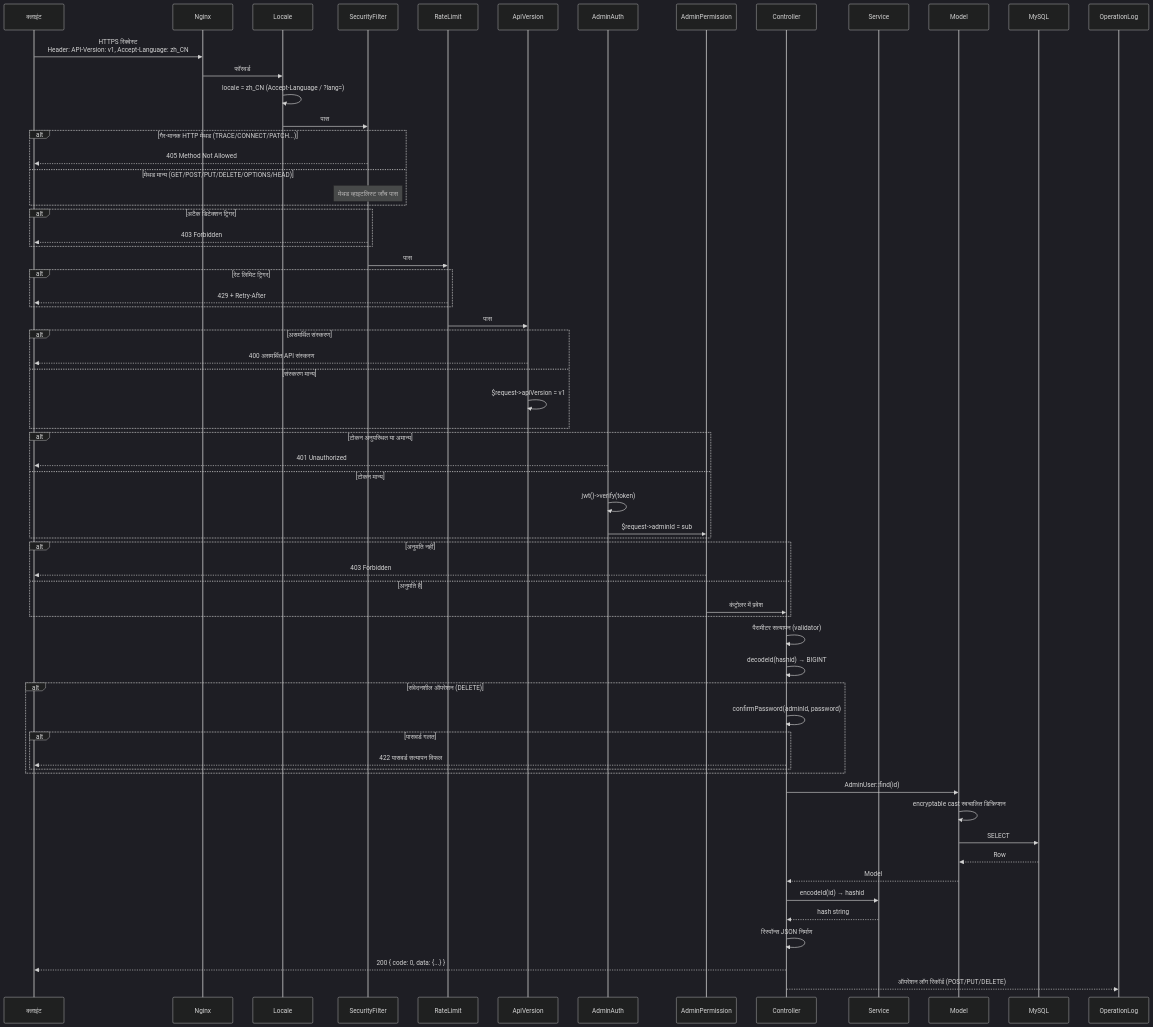
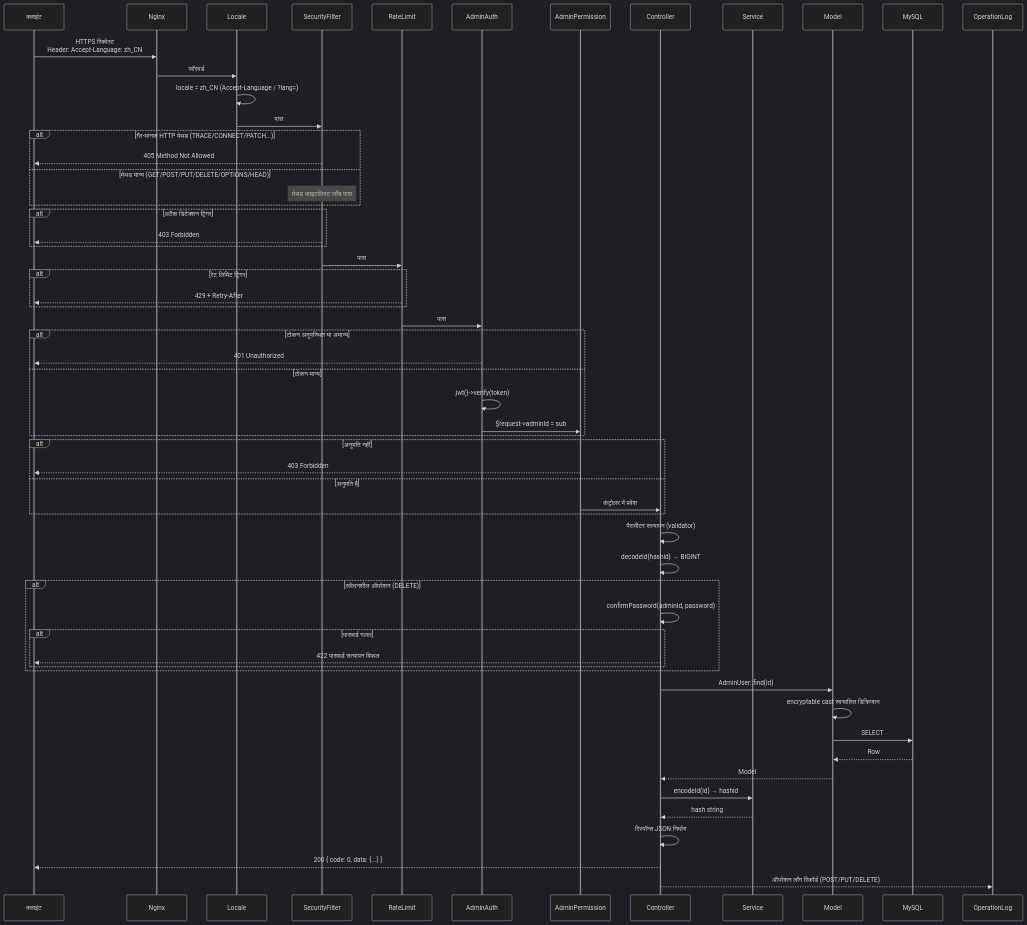
One commit to erikwang2013/integrated-global-logistics changed the third of 14 diagrams in admin/docs/ARCHITECTURE.hi.md. Above: the diagram before and after it, drawn with Mermaid (dark theme). The commit also changed other lines of this file and 147 other files, not shown here.

First line of the commit message:
feat(api): API 版本号移入 URL 路径（/api/v1），移除 API-Version 头机制

````diff
--- a/admin/docs/ARCHITECTURE.hi.md
+++ b/admin/docs/ARCHITECTURE.hi.md
@@ -147,82 +145,75 @@
 ```mermaid
 sequenceDiagram
     participant C as क्लाइंट
     participant N as Nginx
     participant MW_LOC as Locale
     participant MW_SF as SecurityFilter
     participant MW_RL as RateLimit
-    participant MW0 as ApiVersion
     participant MW1 as AdminAuth
     participant MW2 as AdminPermission
     participant CTL as Controller
     participant SVC as Service
     participant MDL as Model
     participant DB as MySQL
     participant OPLOG as OperationLog
 
-    C->>N: HTTPS रिक्वेस्ट<br/>Header: API-Version: v1, Accept-Language: zh_CN
+    C->>N: HTTPS रिक्वेस्ट<br/>Header: Accept-Language: zh_CN
     N->>MW_LOC: फॉरवर्ड
 
     MW_LOC->>MW_LOC: locale = zh_CN (Accept-Language / ?lang=)
     MW_LOC->>MW_SF: पास
 
     alt गैर-मानक HTTP मेथड (TRACE/CONNECT/PATCH...)
         MW_SF-->>C: 405 Method Not Allowed
     else मेथड मान्य (GET/POST/PUT/DELETE/OPTIONS/HEAD)
         Note over MW_SF: मेथड व्हाइटलिस्ट जाँच पास
     end
 
     alt अटैक डिटेक्शन ट्रिगर
         MW_SF-->>C: 403 Forbidden
     end
 
     MW_SF->>MW_RL: पास
 
     alt रेट लिमिट ट्रिगर
         MW_RL-->>C: 429 + Retry-After
     end
 
-    MW_RL->>MW0: पास
-
-    alt असमर्थित संस्करण
-        MW0-->>C: 400 असमर्थित API संस्करण
-    else संस्करण मान्य
-        MW0->>MW0: $request->apiVersion = v1
-    end
+    MW_RL->>MW1: पास
 
     alt टोकन अनुपस्थित या अमान्य
         MW1-->>C: 401 Unauthorized
     else टोकन मान्य
         MW1->>MW1: jwt()->verify(token)
         MW1->>MW2: $request->adminId = sub
     end
 
     alt अनुमति नहीं
         MW2-->>C: 403 Forbidden
     else अनुमति है
         MW2->>CTL: कंट्रोलर में प्रवेश
     end
 
     CTL->>CTL: पैरामीटर सत्यापन (validator)
     CTL->>CTL: decodeId(hashid) → BIGINT
 
     alt संवेदनशील ऑपरेशन (DELETE)
         CTL->>CTL: confirmPassword(adminId, password)
         alt पासवर्ड गलत
             CTL-->>C: 422 पासवर्ड सत्यापन विफल
         end
     end
 
     CTL->>MDL: AdminUser::find(id)
     MDL->>MDL: encryptable cast स्वचालित डिक्रिप्शन
     MDL->>DB: SELECT
     DB-->>MDL: Row
     MDL-->>CTL: Model
 
     CTL->>SVC: encodeId(id) → hashid
     SVC-->>CTL: hash string
 
     CTL->>CTL: रिस्पॉन्स JSON निर्माण
     CTL-->>C: 200 { code: 0, data: {...} }
     CTL-->>OPLOG: ऑपरेशन लॉग रिकॉर्ड (POST/PUT/DELETE)
 ```
````
